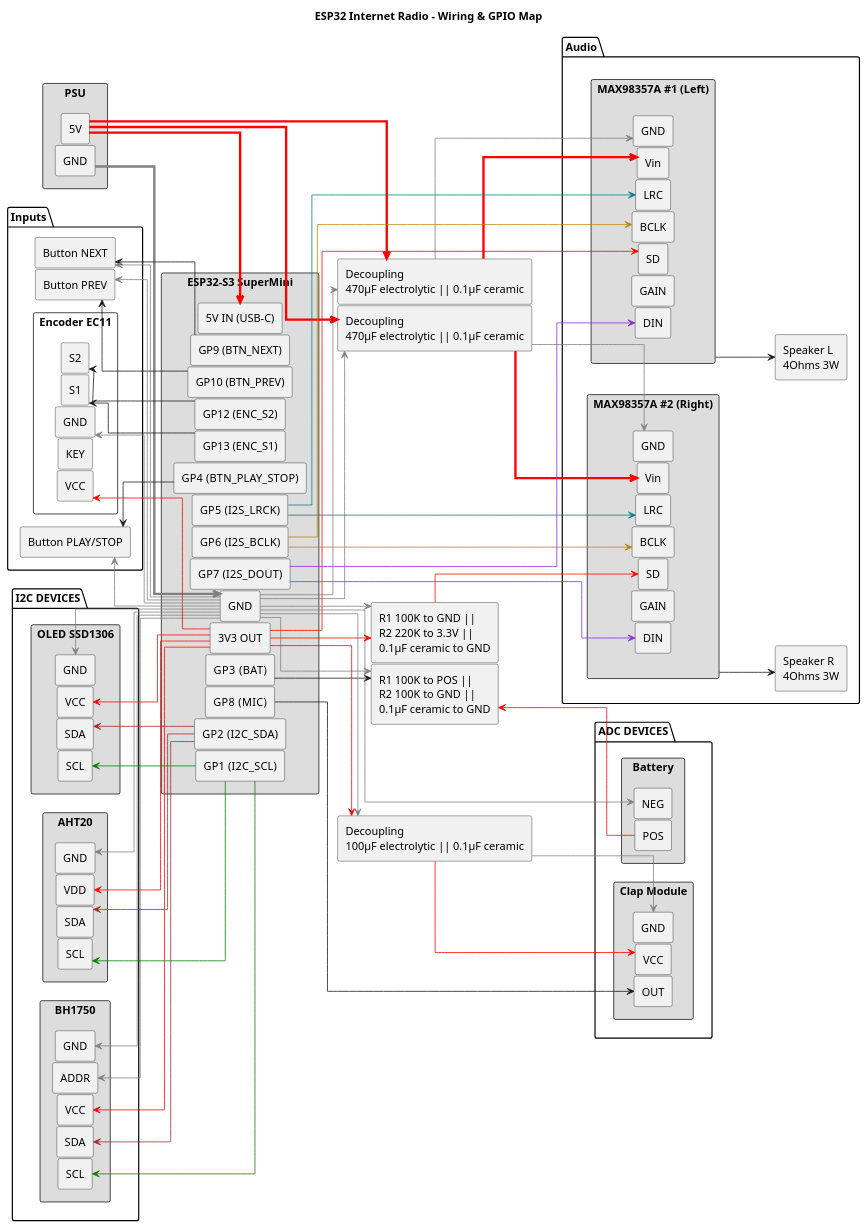
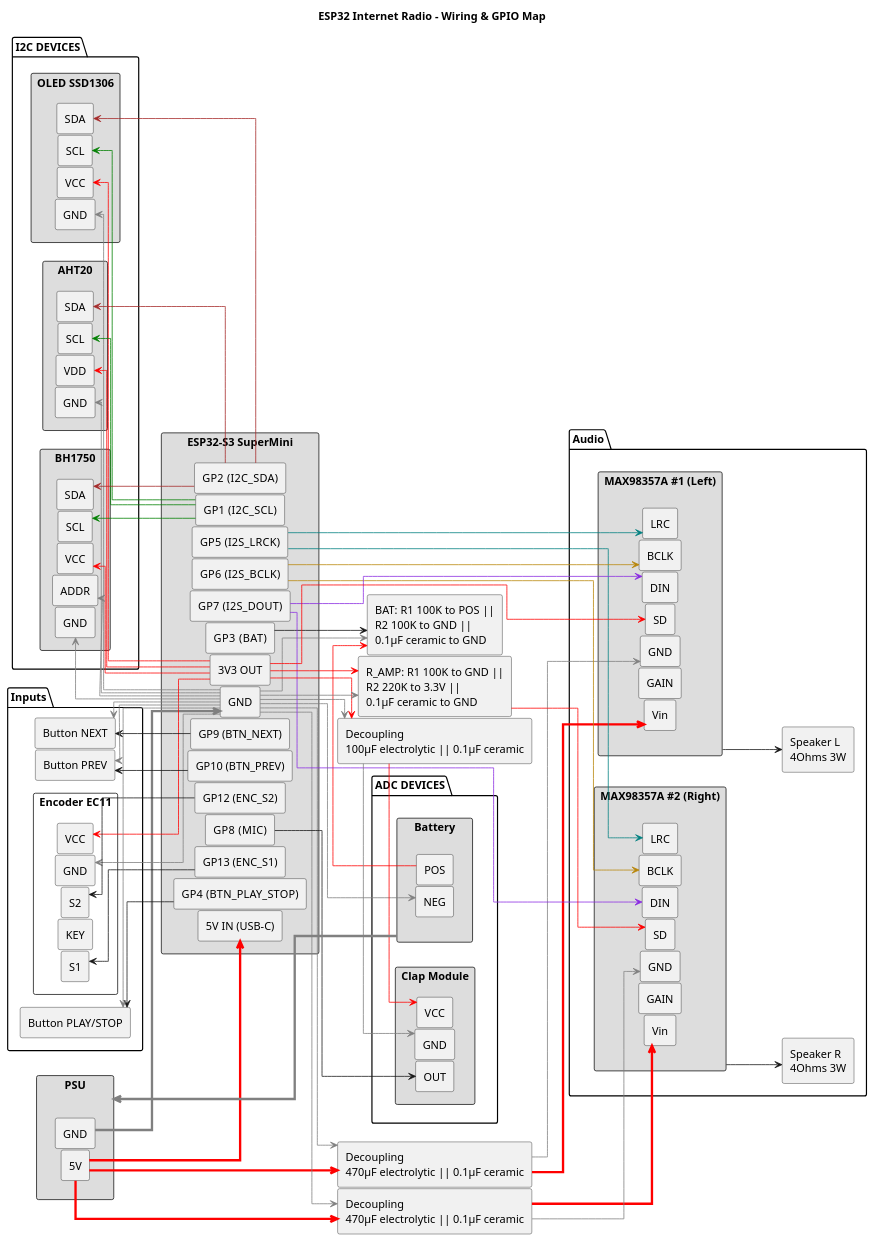
The diagram in docs/diagrams/wiring_gpio_map.puml (ArturChechui/esp_radio), drawn with PlantUML before and after one commit. The commit also changed 660 other files, not shown here.

```diff
--- a/docs/diagrams/wiring_gpio_map.puml
+++ b/docs/diagrams/wiring_gpio_map.puml
@@ -1,197 +1,198 @@
 @startuml wiring_gpio_map.puml
 title ESP32 Internet Radio - Wiring & GPIO Map
 
 skinparam backgroundColor white
 skinparam shadowing false
 skinparam linetype ortho
 skinparam componentStyle rectangle
 skinparam nodesep 2
 skinparam ranksep 10
 left to right direction
 
 component "PSU" as PSU #DDDDDD {
   [5V] as R5
   [GND] as R5_GND
 }
 
 together {
     component "Decoupling\n470µF electrolytic || 0.1µF ceramic" as DEC_L
     component "Decoupling\n470µF electrolytic || 0.1µF ceramic" as DEC_R
 }
 
 component "Decoupling\n100µF electrolytic || 0.1µF ceramic" as DEC_M
 
-component "R1 100K to POS ||\nR2 100K to GND ||\n0.1µF ceramic to GND" as DIV_B
-component "R1 100K to GND ||\nR2 220K to 3.3V ||\n0.1µF ceramic to GND" as DIV_R_AMP
+component "BAT: R1 100K to POS ||\nR2 100K to GND ||\n0.1µF ceramic to GND" as DIV_B
+component "R_AMP: R1 100K to GND ||\nR2 220K to 3.3V ||\n0.1µF ceramic to GND" as DIV_R_AMP
 
 component "ESP32-S3 SuperMini" as ESP #DDDDDD {
     [5V IN (USB-C)] as ESP_5V
     [3V3 OUT] as ESP_33
     [GND] as ESP_GND
 
     [GP1  (I2C_SCL)] as GP1
     [GP2  (I2C_SDA)] as GP2
 
     [GP3  (BAT)]  as GP3
     [GP4  (BTN_PLAY_STOP)]  as GP4
     [GP5  (I2S_LRCK)] as GP5
 
     [GP6  (I2S_BCLK)]   as GP6
     [GP7  (I2S_DOUT)] as GP7
     [GP8  (MIC)] as GP8
 
     [GP9 (BTN_NEXT)]  as GP9
     [GP10 (BTN_PREV)]  as GP10
 
     [GP12 (ENC_S2)] as GP12
     [GP13 (ENC_S1)]  as GP13
 }
-
 
 package "Inputs" as Inputs {
     component "Button NEXT" as BN
     component "Button PREV" as BP
     component "Button PLAY/STOP" as BPS
 
     component "Encoder EC11" as ENC {
         [GND] as ENC_GND
         [S1]  as ENC_S1
         [S2]  as ENC_S2
         [KEY] as ENC_KEY
         [VCC] as ENC_VCC
     }
 }
 
 package "ADC DEVICES" as ADC {
     component "Battery" as BAT #DDDDDD {
       [POS] as BAT_POS
       [NEG] as BAT_NEG
     }
 
     component "Clap Module" as MIC #DDDDDD {
       [VCC] as MIC_VCC
       [GND] as MIC_GND
       [OUT] as MIC_OUT
     }
 }
 
 package "I2C DEVICES" as I2C {
     component "OLED SSD1306" as OLED #DDDDDD {
       [VCC] as OLED_VCC
       [GND] as OLED_GND
       [SCL] as OLED_SCL
       [SDA] as OLED_SDA
     }
 
     component "AHT20" as AHT #DDDDDD {
       [VDD] as AHT_VDD
       [GND] as AHT_GND
       [SCL] as AHT_SCL
       [SDA] as AHT_SDA
     }
 
     component "BH1750" as BH #DDDDDD {
       [ADDR] as BH_ADDR
       [VCC] as BH_VCC
       [GND] as BH_GND
       [SCL] as BH_SCL
       [SDA] as BH_SDA
     }
 }
 
 package Audio {
     component "MAX98357A #1 (Left)" as AMP_L #DDDDDD {
         [Vin] as AL_VIN
         [GND] as AL_GND
         [LRC] as AL_LRC
         [BCLK] as AL_BCLK
         [DIN] as AL_DIN
         [GAIN] as AL_GAIN
         [SD] as AL_SD
     }
 
     component "MAX98357A #2 (Right)" as AMP_R #DDDDDD {
         [Vin] as AR_VIN
         [GND] as AR_GND
         [LRC] as AR_LRC
         [BCLK] as AR_BCLK
         [DIN] as AR_DIN
         [GAIN] as AR_GAIN
         [SD] as AR_SD
     }
 
     component "Speaker L\n4Ohms 3W" as SPK_L
     component "Speaker R\n4Ohms 3W" as SPK_R
 }
 
 R5  -[#Red,thickness=3]-> ESP_5V
 R5_GND -[#Grey,thickness=3]-> ESP_GND
 
 ESP_33 -up[#Red]-> OLED_VCC
 ESP_GND -up[#Grey]-> OLED_GND
 
 ESP_33 -up[#Red]-> AHT_VDD
 ESP_GND -up[#Grey]-> AHT_GND
 
 ESP_33 -up[#Red]-> BH_VCC
 ESP_GND -up[#Grey]-> BH_GND
 ESP_GND -up[#Grey]-> BH_ADDR
 
 R5 -[#Red,thickness=3]-> DEC_L
 DEC_L -[#Red,thickness=3]-> AL_VIN
 ESP_GND -[#Grey]-> DEC_L
 DEC_L -[#Grey]-> AL_GND
 
 R5 -[#Red,thickness=3]-> DEC_R
 DEC_R -[#Red,thickness=3]-> AR_VIN
 ESP_GND -[#Grey]-> DEC_R
 DEC_R -[#Grey]-> AR_GND
 
 ESP_33 -[#Red]-> ENC_VCC
 ESP_GND -[#Grey]-> ENC_GND
 
 GP1 -up[#Green]-> OLED_SCL
 GP1 -up[#Green]-> AHT_SCL
 GP1 -up[#Green]-> BH_SCL
 GP2 -up[#Brown]-> OLED_SDA
 GP2 -up[#Brown]-> AHT_SDA
 GP2 -up[#Brown]-> BH_SDA
 
 ESP_GND -down[#Grey]> DIV_B
 GP3 -down-> DIV_B
 ESP_GND -left[#Grey]-> BAT_NEG
 BAT_POS -left[#Red]-> DIV_B
 
 
 GP5 -[#Teal]-> AL_LRC
 GP5 -[#Teal]-> AR_LRC
 GP6 -[#DarkGoldenRod]-> AL_BCLK
 GP6 -[#DarkGoldenRod]-> AR_BCLK
 GP7 -[#BlueViolet]-> AL_DIN
 GP7 -[#BlueViolet]-> AR_DIN
 
 GP8 --> MIC_OUT
 ESP_33 -[#Red]-> DEC_M
 DEC_M -[#Red]-> MIC_VCC
 ESP_GND -[#Grey]-> DEC_M
 DEC_M -[#Grey]-> MIC_GND
 
 ESP_33 -[#Red]-> AL_SD
 ESP_33 -[#Red]-> DIV_R_AMP
 ESP_GND -[#Grey]> DIV_R_AMP
 DIV_R_AMP -[#Red]-> AR_SD
 
 AMP_L --> SPK_L
 AMP_R --> SPK_R
 
 ENC_S1 <-- GP13
 ENC_S2 <-- GP12
 
 BPS <-- GP4
 BPS <-[#Grey]- ESP_GND 
 BN <-- GP9
 BN <-[#Grey]- ESP_GND 
 BP <-- GP10
 BP <-[#Grey]- ESP_GND 
 
+BAT -[#Gray,thickness=3]-> PSU
+
 @enduml
```
